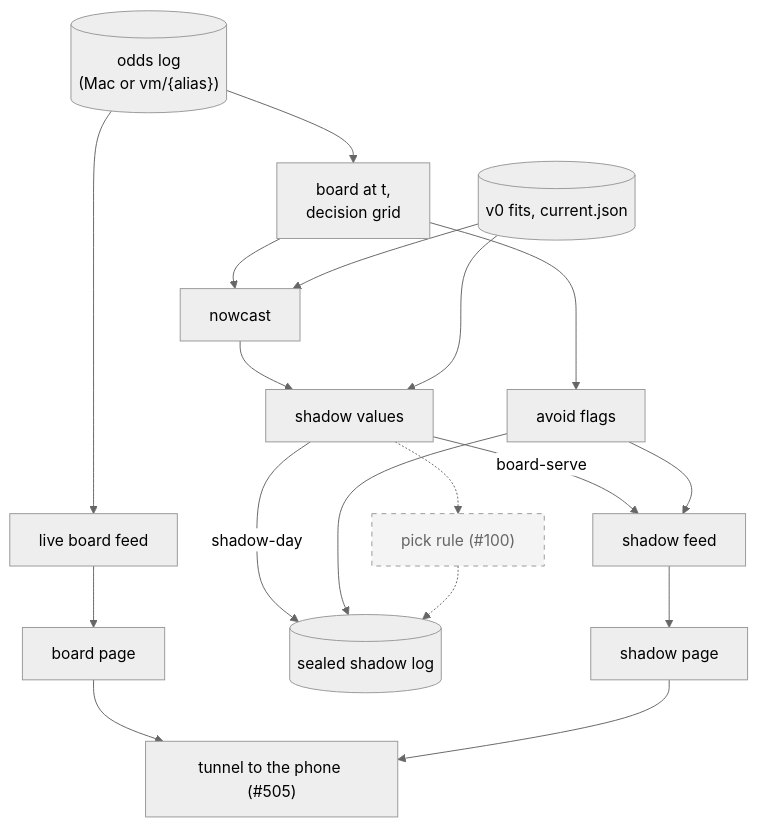
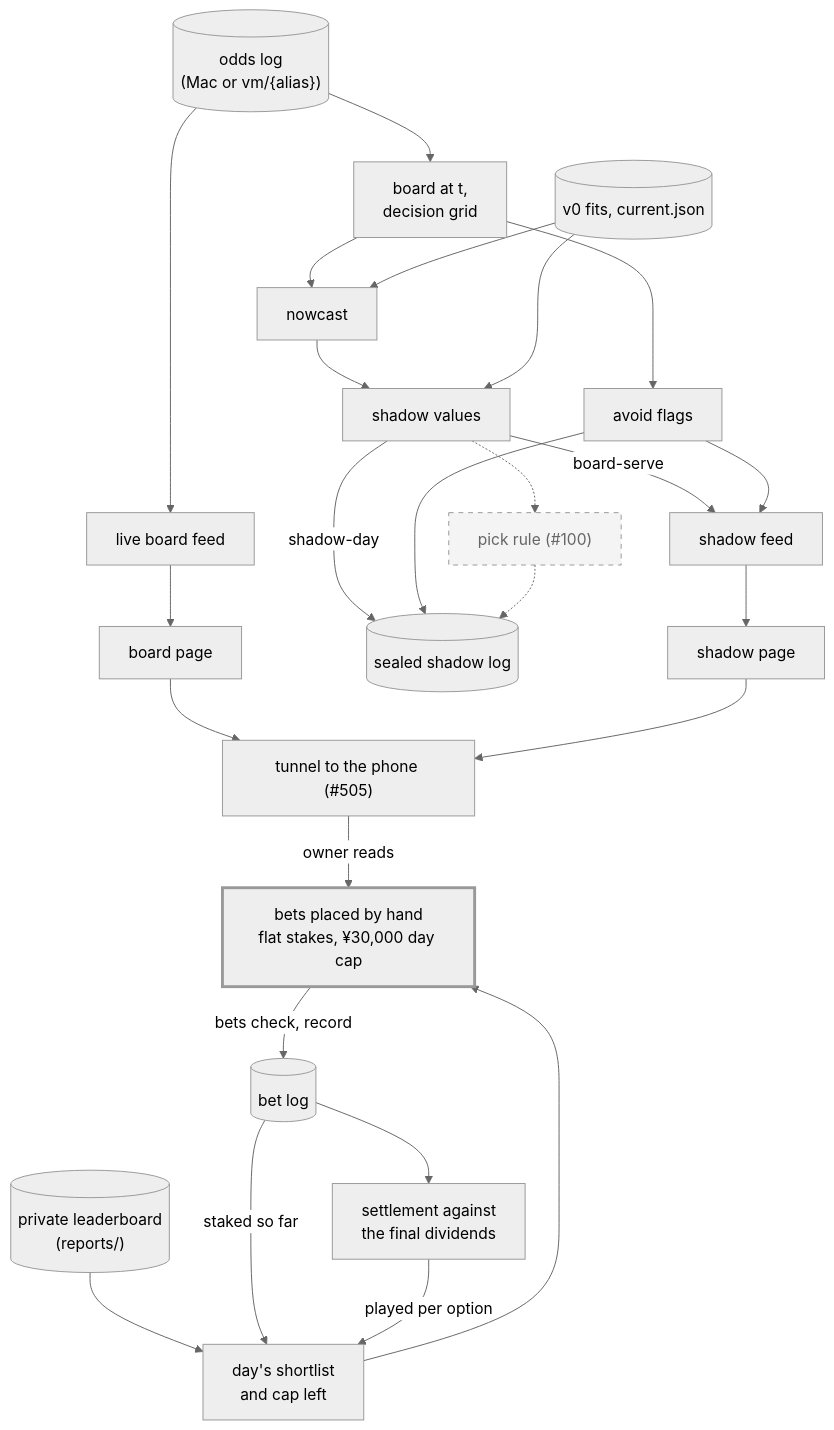
One commit to rjeskuri/HorseTrackBetting changed the fourth of 7 diagrams in docs/architecture.md. Above: the diagram before and after it, drawn with Mermaid (neutral theme). The commit also changed other lines of this file and 2 other files, not shown here.

First line of the commit message:
Draw the leaderboard and bet log in the architecture and modeling docs (#458)

````diff
--- a/docs/architecture.md
+++ b/docs/architecture.md
@@ -174,32 +191,46 @@
 ```mermaid
 flowchart TD
   olog[("odds log<br>(Mac or vm/{alias})")]
   bat["board at t,<br>decision grid"]
   feed["live board feed"]
   bpage["board page"]
   fits[("v0 fits, current.json")]
   now["nowcast"]
   sv["shadow values"]
   flags["avoid flags"]
   pick["pick rule (#100)"]
   slog[("sealed shadow log")]
   sfeed["shadow feed"]
   spage["shadow page"]
   tun["tunnel to the phone (#505)"]
+  lbp[("private leaderboard<br>(reports/)")]
+  short["day's shortlist<br>and cap left"]
+  hand["bets placed by hand<br>flat stakes, ¥30,000 day cap"]
+  blog[("bet log")]
+  settle["settlement against<br>the final dividends"]
   olog --> bat
   olog --> feed --> bpage
   bat --> now --> sv
   fits --> now
   fits --> sv
   bat --> flags
   sv -->|"shadow-day"| slog
   flags --> slog
   sv -.-> pick -.-> slog
   sv -->|"board-serve"| sfeed
   flags --> sfeed
   sfeed --> spage
   bpage --> tun
   spage --> tun
+  lbp --> short
+  blog -->|"staked so far"| short
+  short --> hand
+  tun -->|"owner reads"| hand
+  hand -->|"bets check, record"| blog
+  blog --> settle
+  settle -->|"played per option"| short
   classDef planned stroke-dasharray: 5 5,fill:#f4f4f4,color:#666
+  classDef owner stroke-width:3px
   class pick planned
+  class hand owner
 ```
````
